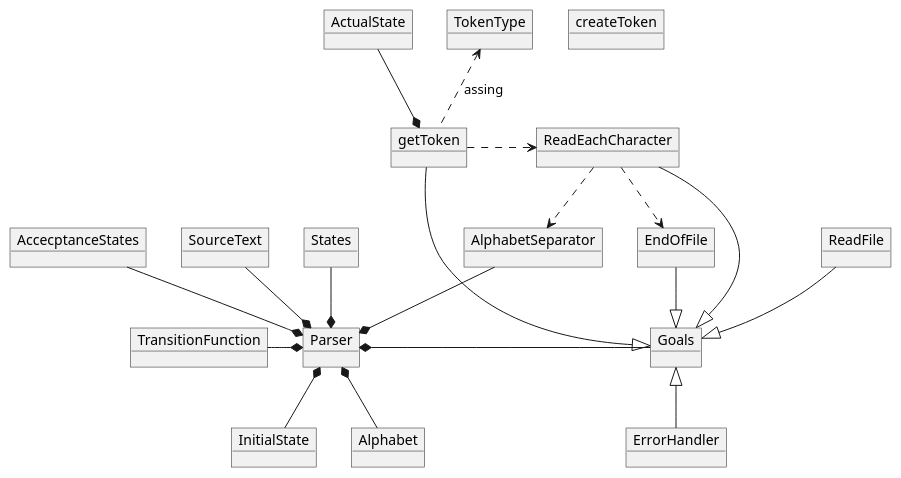
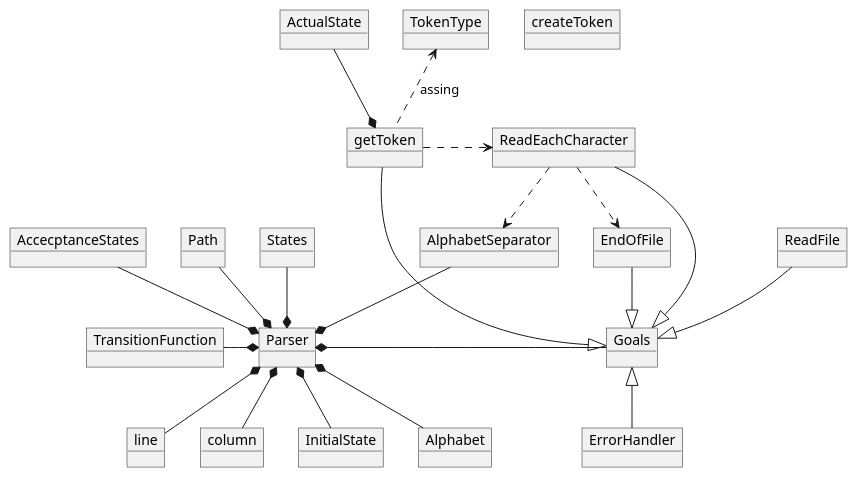
One commit to moroquin/parser-scanner-analyzer changed the diagram in docs/Parser.wsd. Above: the diagram before and after it, drawn with PlantUML. The commit also changed 2 other files, not shown here.

Commit message:
finishing the parser class diagram

```diff
--- a/docs/Parser.wsd
+++ b/docs/Parser.wsd
@@ -1,63 +1,67 @@
 @startuml dddparser
 
 object Parser
 
 object TransitionFunction
 
 object AccecptanceStates
 
 object InitialState
 
 object Alphabet
 
 object States
 
-object ActualState
+object ActualState 
 
 object Goals
 
 object ReadFile
 
 object ReadEachCharacter
 
 object getToken
 object createToken
 
 object TokenType
 
 object ErrorHandler
 
 object AlphabetSeparator
-object SourceText
+object Path
 
 object EndOfFile
+
+object line
+object column
 
 
 Parser *-left- TransitionFunction
 Parser *-up- AccecptanceStates
 Parser *-- InitialState
 Parser *-- Alphabet
 Parser *-up- States
-Parser *-up- SourceText
-
+Parser *-up- Path
+Parser *-- line
+Parser *-- column
 Parser *-up- AlphabetSeparator
 
 
 Parser *-right- Goals
 ReadFile -down-|> Goals
 ReadEachCharacter -down-|> Goals
 ErrorHandler -up-|> Goals
 getToken -left-|> Goals
 getToken .up.>TokenType:assing
 getToken *-up- ActualState
 getToken .right.> ReadEachCharacter
 
 EndOfFile --|> Goals
 
 ReadEachCharacter ..> AlphabetSeparator
 ReadEachCharacter ..> EndOfFile
 
 
 
 
 @enduml
```
